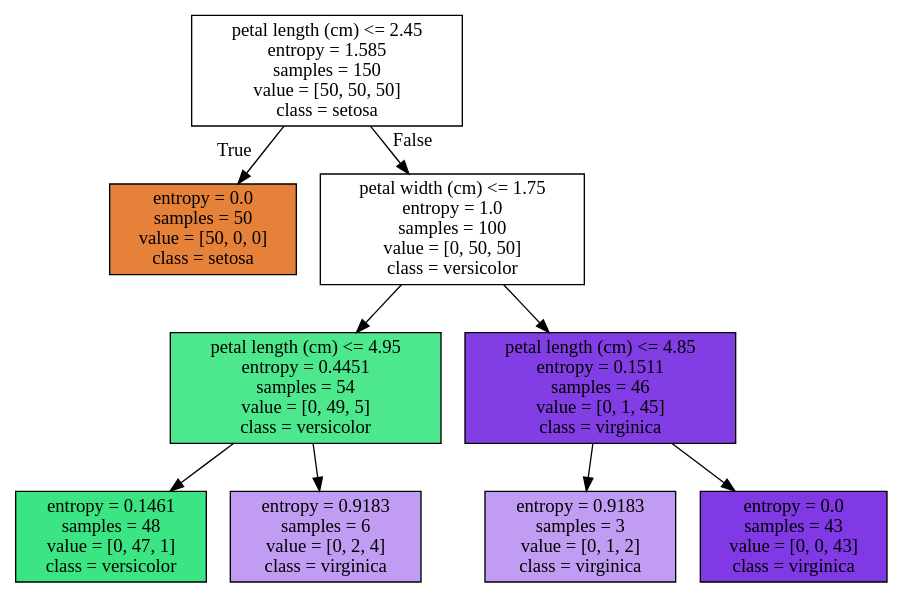
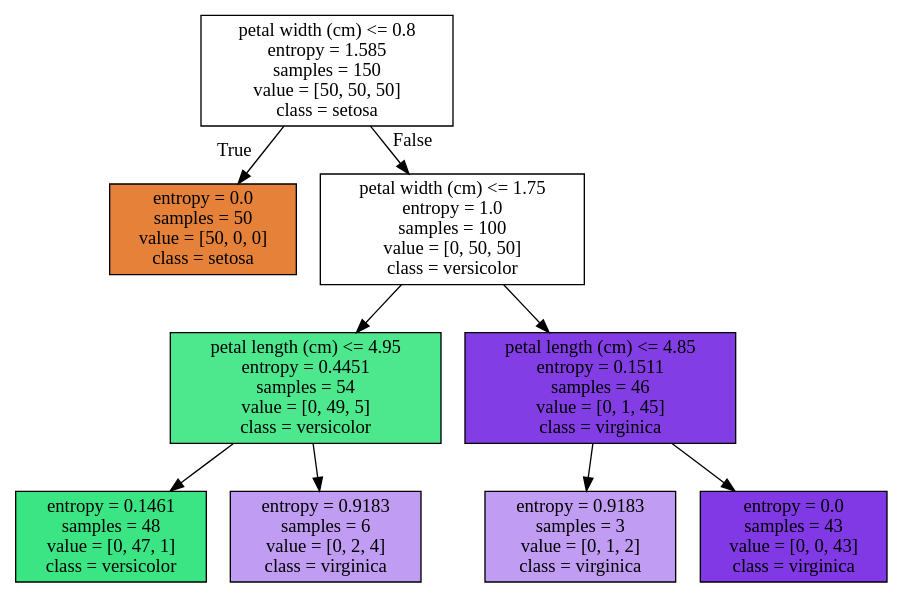
The diagram in trees/tree.dot (ethen8181/machine-learning), drawn with Graphviz before and after one commit. The commit also changed 7 other files, not shown here.

```diff
--- a/trees/tree.dot
+++ b/trees/tree.dot
@@ -1,20 +1,20 @@
 digraph Tree {
 node [shape=box, style="filled", color="black"] ;
-0 [label="petal length (cm) <= 2.45\nentropy = 1.585\nsamples = 150\nvalue = [50, 50, 50]\nclass = setosa", fillcolor="#e5813900"] ;
+0 [label="petal width (cm) <= 0.8\nentropy = 1.585\nsamples = 150\nvalue = [50, 50, 50]\nclass = setosa", fillcolor="#e5813900"] ;
 1 [label="entropy = 0.0\nsamples = 50\nvalue = [50, 0, 0]\nclass = setosa", fillcolor="#e58139ff"] ;
 0 -> 1 [labeldistance=2.5, labelangle=45, headlabel="True"] ;
 2 [label="petal width (cm) <= 1.75\nentropy = 1.0\nsamples = 100\nvalue = [0, 50, 50]\nclass = versicolor", fillcolor="#39e58100"] ;
 0 -> 2 [labeldistance=2.5, labelangle=-45, headlabel="False"] ;
 3 [label="petal length (cm) <= 4.95\nentropy = 0.4451\nsamples = 54\nvalue = [0, 49, 5]\nclass = versicolor", fillcolor="#39e581e5"] ;
 2 -> 3 ;
 4 [label="entropy = 0.1461\nsamples = 48\nvalue = [0, 47, 1]\nclass = versicolor", fillcolor="#39e581fa"] ;
 3 -> 4 ;
 5 [label="entropy = 0.9183\nsamples = 6\nvalue = [0, 2, 4]\nclass = virginica", fillcolor="#8139e57f"] ;
 3 -> 5 ;
 6 [label="petal length (cm) <= 4.85\nentropy = 0.1511\nsamples = 46\nvalue = [0, 1, 45]\nclass = virginica", fillcolor="#8139e5f9"] ;
 2 -> 6 ;
 7 [label="entropy = 0.9183\nsamples = 3\nvalue = [0, 1, 2]\nclass = virginica", fillcolor="#8139e57f"] ;
 6 -> 7 ;
 8 [label="entropy = 0.0\nsamples = 43\nvalue = [0, 0, 43]\nclass = virginica", fillcolor="#8139e5ff"] ;
 6 -> 8 ;
 }
```
